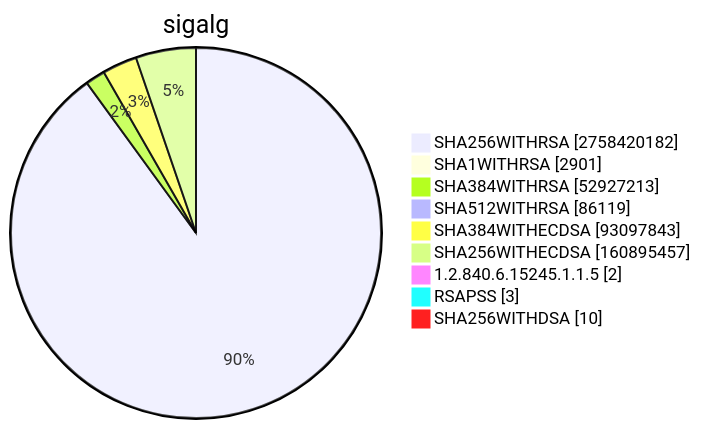
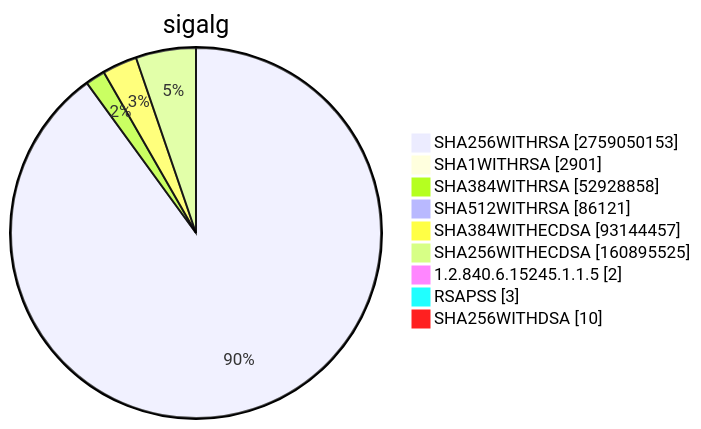
Before and after one commit to christiankrug/ctmonitor_visualization: diagram 15 of 15 in TOTAL/README.md, drawn with Mermaid. The commit also changed other lines of this file, not shown here.

````diff
--- a/TOTAL/README.md
+++ b/TOTAL/README.md
@@ -6207,13 +6207,13 @@
 ```mermaid
 pie showData
 title sigalg
-"SHA256WITHRSA" :2758420182
+"SHA256WITHRSA" :2759050153
 "SHA1WITHRSA" :2901
-"SHA384WITHRSA" :52927213
-"SHA512WITHRSA" :86119
-"SHA384WITHECDSA" :93097843
-"SHA256WITHECDSA" :160895457
+"SHA384WITHRSA" :52928858
+"SHA512WITHRSA" :86121
+"SHA384WITHECDSA" :93144457
+"SHA256WITHECDSA" :160895525
 "1.2.840.6.15245.1.1.5" :2
 "RSAPSS" :3
 "SHA256WITHDSA" :10
 ```
````
